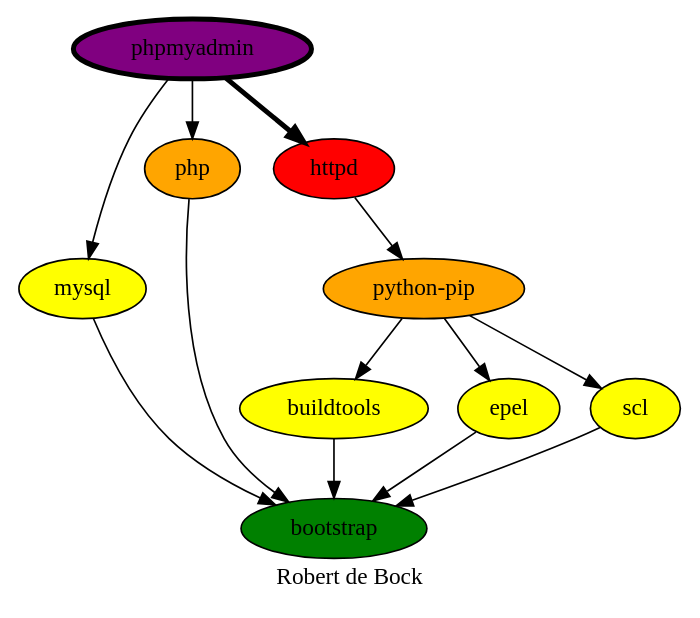
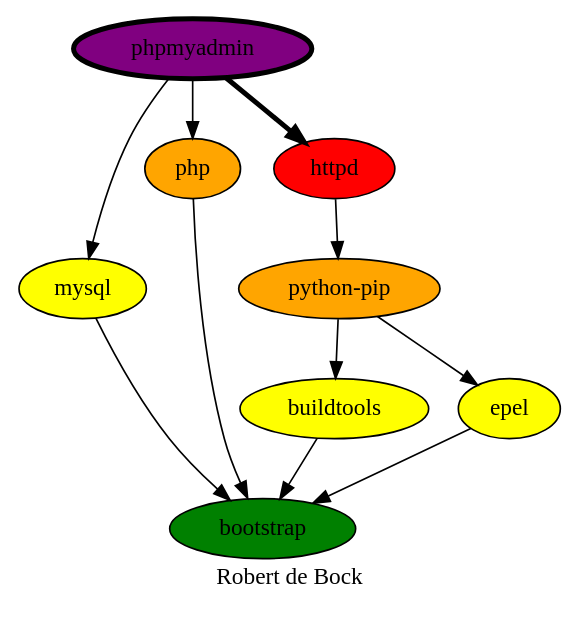
One commit to robertdebock/drawings changed the diagram in phpmyadmin.dot. Above: the diagram before and after it, drawn with Graphviz. The commit also changed 6 other files, not shown here.

```diff
--- a/phpmyadmin.dot
+++ b/phpmyadmin.dot
@@ -1,20 +1,19 @@
 digraph PhiloDilemma {
   label = "Robert de Bock" ;
   overlap=false
   {
     bootstrap [fillcolor=green style=filled]
     buildtools [fillcolor=yellow style=filled]
     epel [fillcolor=yellow style=filled]
     mysql [fillcolor=yellow style=filled]
-    scl [fillcolor=yellow style=filled]
     "python-pip" [fillcolor=orange style=filled]
     php [fillcolor=orange style=filled]
     httpd [fillcolor=red style=filled]
     phpmyadmin [fillcolor=purple style=filled penwidth=3]
   }
-  {buildtools epel mysql php scl} -> bootstrap
-  "python-pip" -> {buildtools epel scl}
+  {buildtools epel mysql php} -> bootstrap
+  "python-pip" -> {buildtools epel}
   httpd -> "python-pip"
   phpmyadmin -> {mysql php}
   phpmyadmin -> httpd [penwidth=3]
 }
```
